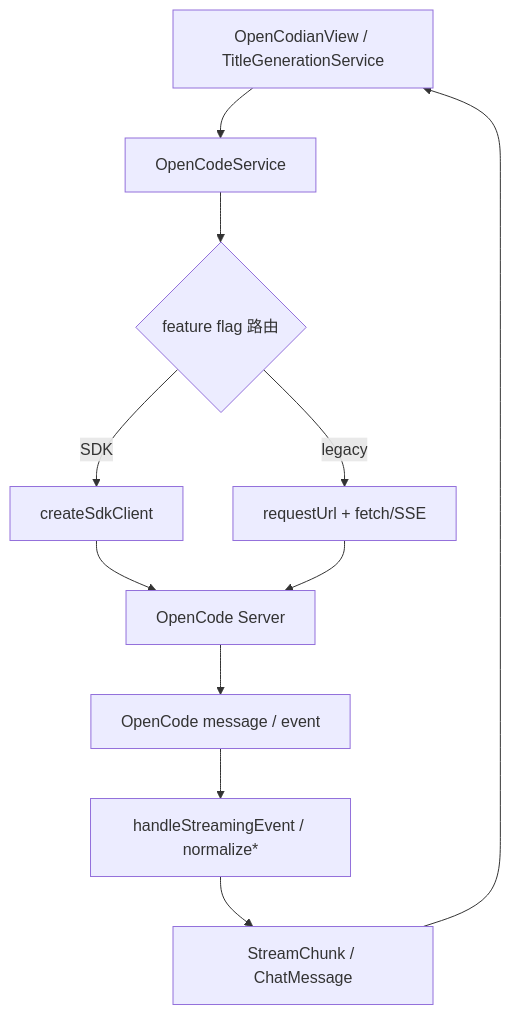
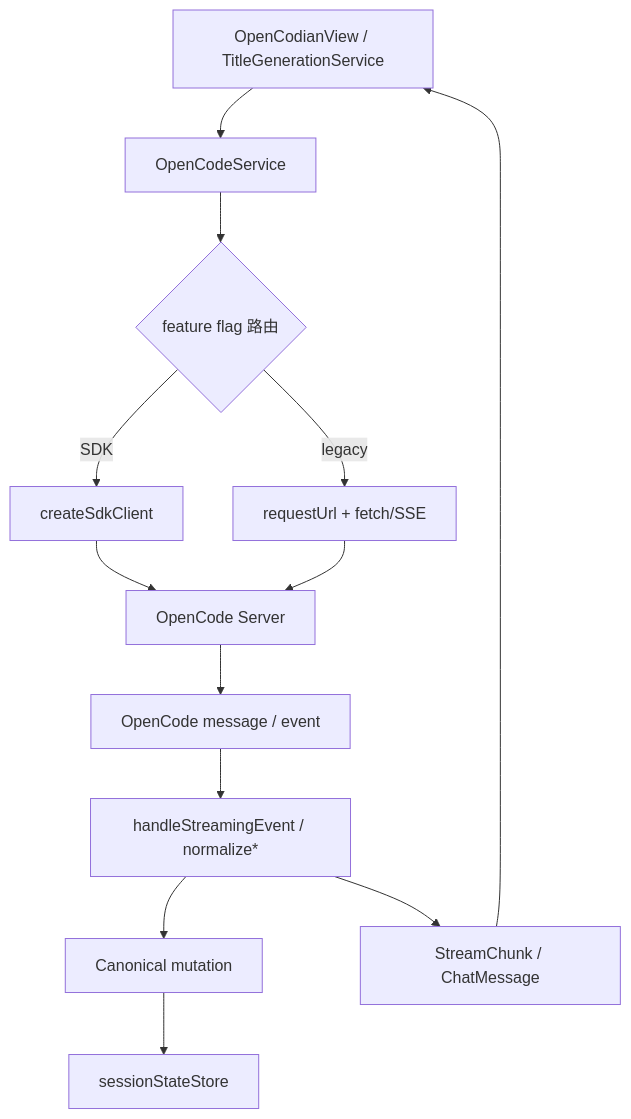
Before and after one commit to OCDcreator/opencodian: the diagram in docs/modules/core/opencode/OpenCodeService.md, drawn with Mermaid. The commit also changed other lines of this file and 11 other files, not shown here.

````diff
--- a/docs/modules/core/opencode/OpenCodeService.md
+++ b/docs/modules/core/opencode/OpenCodeService.md
@@ -374,13 +378,15 @@
 ```mermaid
 graph TD
     A[OpenCodianView / TitleGenerationService] --> B[OpenCodeService]
     B --> C{feature flag 路由}
     C -->|SDK| D[createSdkClient]
     C -->|legacy| E[requestUrl + fetch/SSE]
     D --> F[OpenCode Server]
     E --> F
     F --> G[OpenCode message / event]
     G --> H[handleStreamingEvent / normalize*]
+    H --> M[Canonical mutation]
+    M --> N[sessionStateStore]
     H --> I[StreamChunk / ChatMessage]
     I --> A
 ```
````
